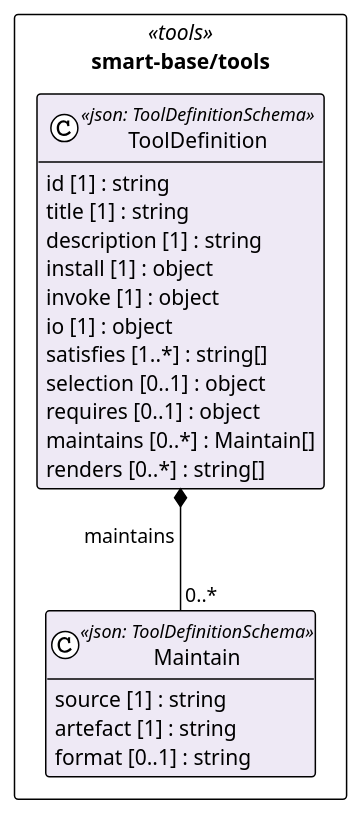
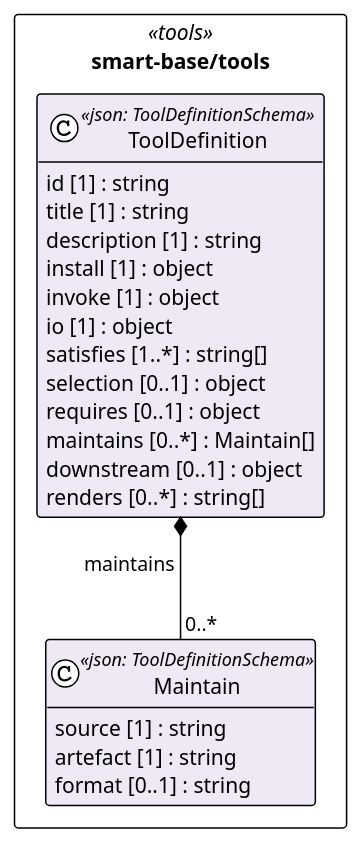
The diagram in cat-harness/uml/overview/smart-base/tools.puml (litlfred/folio-assistant), drawn with PlantUML before and after one commit. The commit also changed 112 other files, not shown here.

```diff
--- a/cat-harness/uml/overview/smart-base/tools.puml
+++ b/cat-harness/uml/overview/smart-base/tools.puml
@@ -3,31 +3,32 @@
 @startuml smart_base_tools
 !pragma layout elk
 !theme plain
 skinparam classAttributeIconSize 0
 skinparam shadowing false
 skinparam packageStyle rectangle
 hide empty methods
 
 package "smart-base/tools" as pkg_smart_base_tools <<tools>> {
   class "Maintain" as smart_base_tools_Maintain <<json: ToolDefinitionSchema>> #eee9f5 {
     source [1] : string
     artefact [1] : string
     format [0..1] : string
   }
   class "ToolDefinition" as smart_base_tools_ToolDefinition <<json: ToolDefinitionSchema>> #eee9f5 {
     id [1] : string
     title [1] : string
     description [1] : string
     install [1] : object
     invoke [1] : object
     io [1] : object
     satisfies [1..*] : string[]
     selection [0..1] : object
     requires [0..1] : object
     maintains [0..*] : Maintain[]
+    downstream [0..1] : object
     renders [0..*] : string[]
   }
 }
 
 smart_base_tools_ToolDefinition *-- "0..*" smart_base_tools_Maintain : maintains
 @enduml
```
